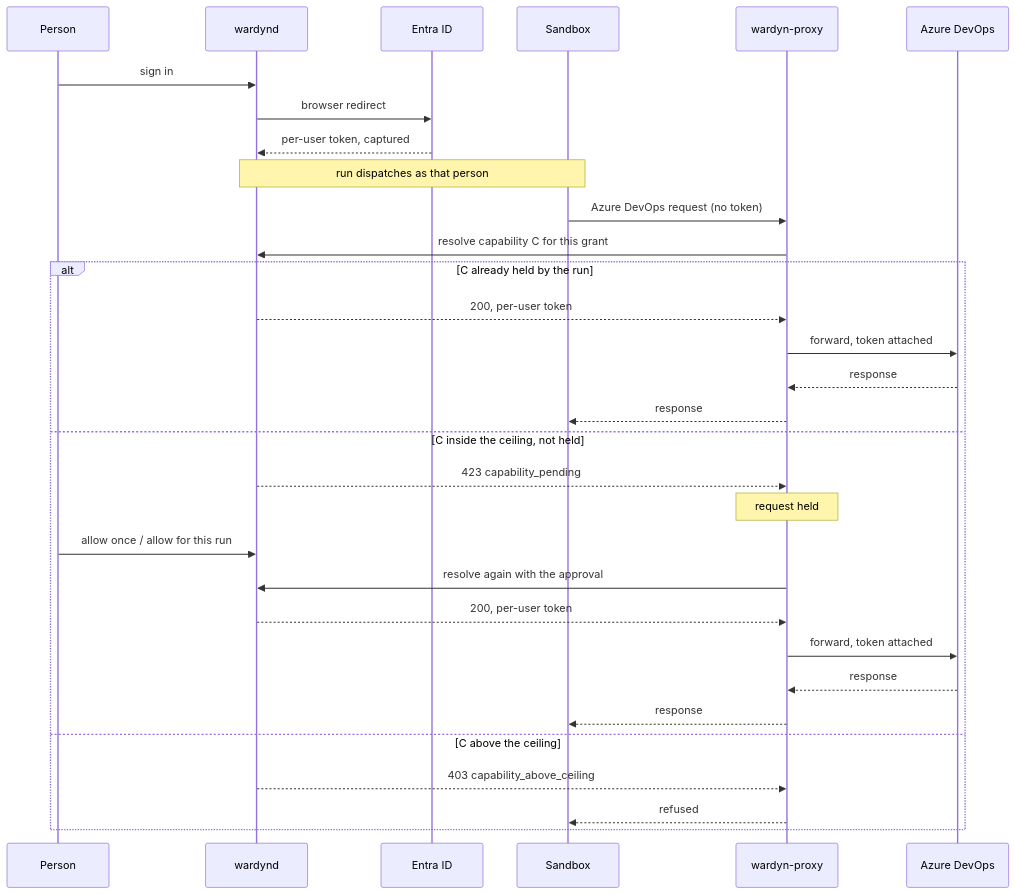
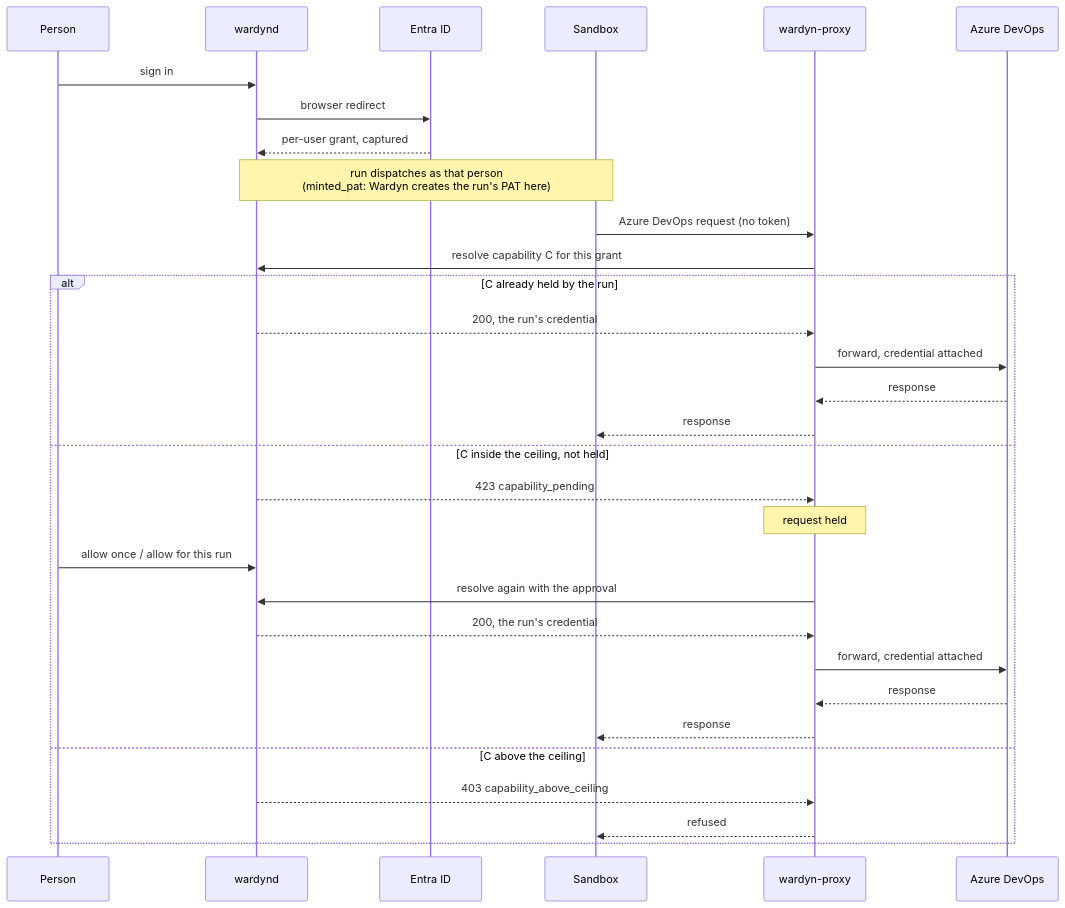
One commit to cjohnstoniv/wardyn changed the diagram in docs/AZURE-DEVOPS.md. Above: the diagram before and after it, drawn with Mermaid. The commit also changed other lines of this file and 2 other files, not shown here.

First line of the commit message:
docs: Azure DevOps per-run tokens, Entra setup steps and threat-model residuals

````diff
--- a/docs/AZURE-DEVOPS.md
+++ b/docs/AZURE-DEVOPS.md
@@ -234,34 +480,34 @@
 ```mermaid
 sequenceDiagram
   participant Person
   participant Wardyn as wardynd
   participant Entra as Entra ID
   participant Sandbox
   participant Proxy as wardyn-proxy
   participant ADO as Azure DevOps
 
   Person->>Wardyn: sign in
   Wardyn->>Entra: browser redirect
-  Entra-->>Wardyn: per-user token, captured
-  Note over Wardyn,Sandbox: run dispatches as that person
+  Entra-->>Wardyn: per-user grant, captured
+  Note over Wardyn,Sandbox: run dispatches as that person<br/>(minted_pat: Wardyn creates the run's PAT here)
   Sandbox->>Proxy: Azure DevOps request (no token)
   Proxy->>Wardyn: resolve capability C for this grant
   alt C already held by the run
-    Wardyn-->>Proxy: 200, per-user token
-    Proxy->>ADO: forward, token attached
+    Wardyn-->>Proxy: 200, the run's credential
+    Proxy->>ADO: forward, credential attached
     ADO-->>Proxy: response
     Proxy-->>Sandbox: response
   else C inside the ceiling, not held
     Wardyn-->>Proxy: 423 capability_pending
     Note over Proxy: request held
     Person->>Wardyn: allow once / allow for this run
     Proxy->>Wardyn: resolve again with the approval
-    Wardyn-->>Proxy: 200, per-user token
-    Proxy->>ADO: forward, token attached
+    Wardyn-->>Proxy: 200, the run's credential
+    Proxy->>ADO: forward, credential attached
     ADO-->>Proxy: response
     Proxy-->>Sandbox: response
   else C above the ceiling
     Wardyn-->>Proxy: 403 capability_above_ceiling
     Proxy-->>Sandbox: refused
   end
 ```
````
